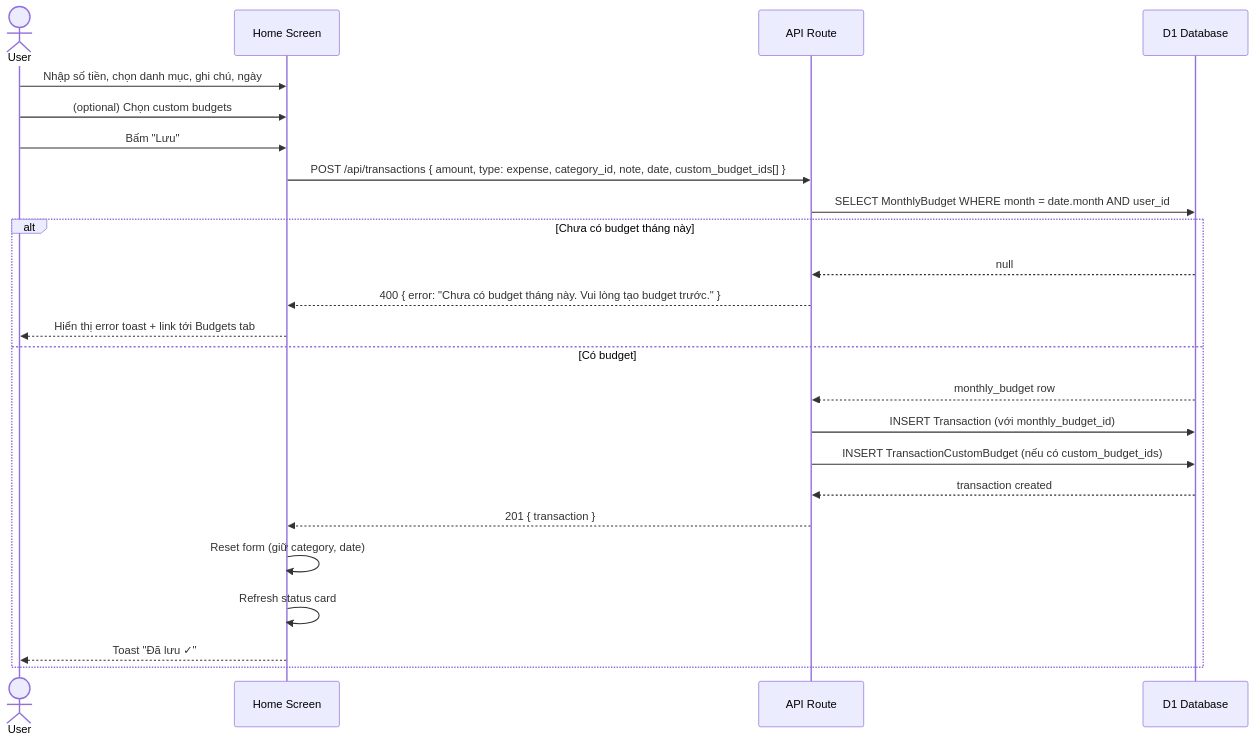
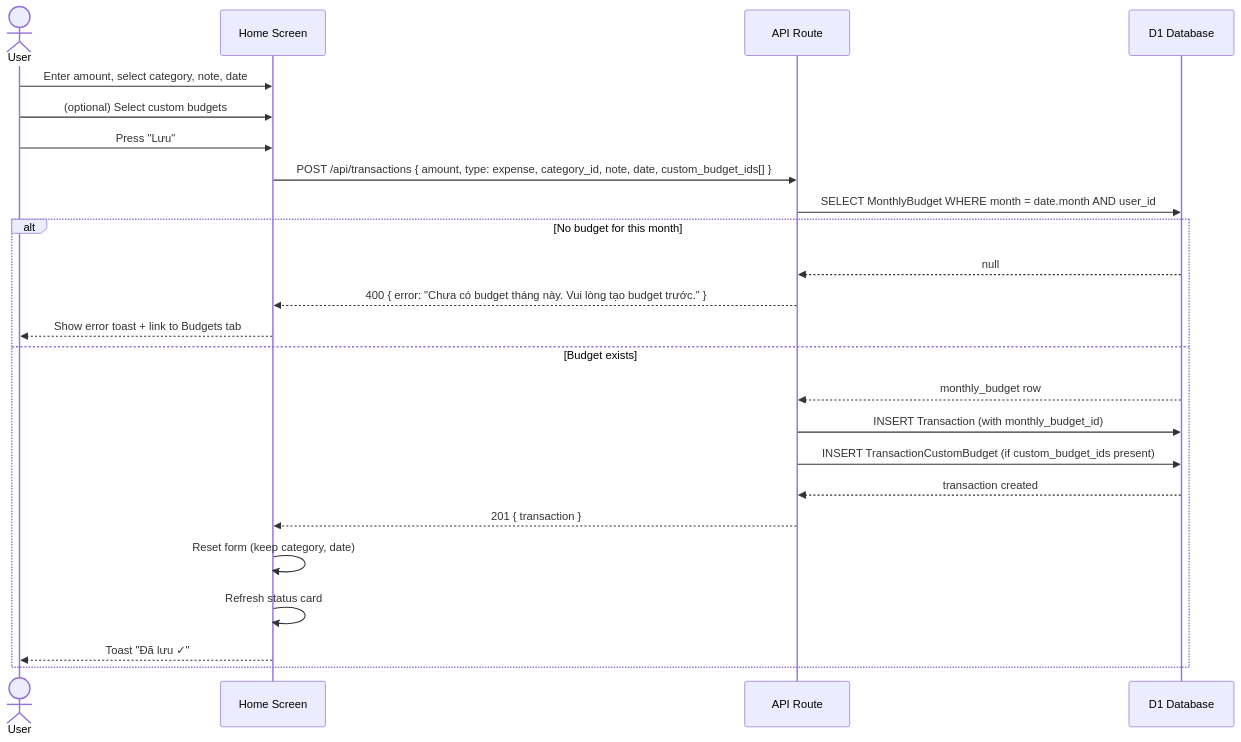
One commit to niits/personal-finance changed the second of 10 diagrams in docs/FLOWS.md. Above: the diagram before and after it, drawn with Mermaid. The commit also changed other lines of this file and 3 other files, not shown here.

````diff
--- a/docs/FLOWS.md
+++ b/docs/FLOWS.md
@@ -50,29 +50,29 @@
 ```mermaid
 sequenceDiagram
     actor User
     participant Home as Home Screen
     participant API as API Route
     participant DB as D1 Database
 
-    User->>Home: Nhập số tiền, chọn danh mục, ghi chú, ngày
-    User->>Home: (optional) Chọn custom budgets
-    User->>Home: Bấm "Lưu"
+    User->>Home: Enter amount, select category, note, date
+    User->>Home: (optional) Select custom budgets
+    User->>Home: Press "Lưu"
 
     Home->>API: POST /api/transactions { amount, type: expense, category_id, note, date, custom_budget_ids[] }
 
     API->>DB: SELECT MonthlyBudget WHERE month = date.month AND user_id
-    alt Chưa có budget tháng này
+    alt No budget for this month
         DB-->>API: null
         API-->>Home: 400 { error: "Chưa có budget tháng này. Vui lòng tạo budget trước." }
-        Home-->>User: Hiển thị error toast + link tới Budgets tab
-    else Có budget
+        Home-->>User: Show error toast + link to Budgets tab
+    else Budget exists
         DB-->>API: monthly_budget row
-        API->>DB: INSERT Transaction (với monthly_budget_id)
-        API->>DB: INSERT TransactionCustomBudget (nếu có custom_budget_ids)
+        API->>DB: INSERT Transaction (with monthly_budget_id)
+        API->>DB: INSERT TransactionCustomBudget (if custom_budget_ids present)
         DB-->>API: transaction created
         API-->>Home: 201 { transaction }
-        Home->>Home: Reset form (giữ category, date)
+        Home->>Home: Reset form (keep category, date)
         Home->>Home: Refresh status card
         Home-->>User: Toast "Đã lưu ✓"
     end
 ```
````
